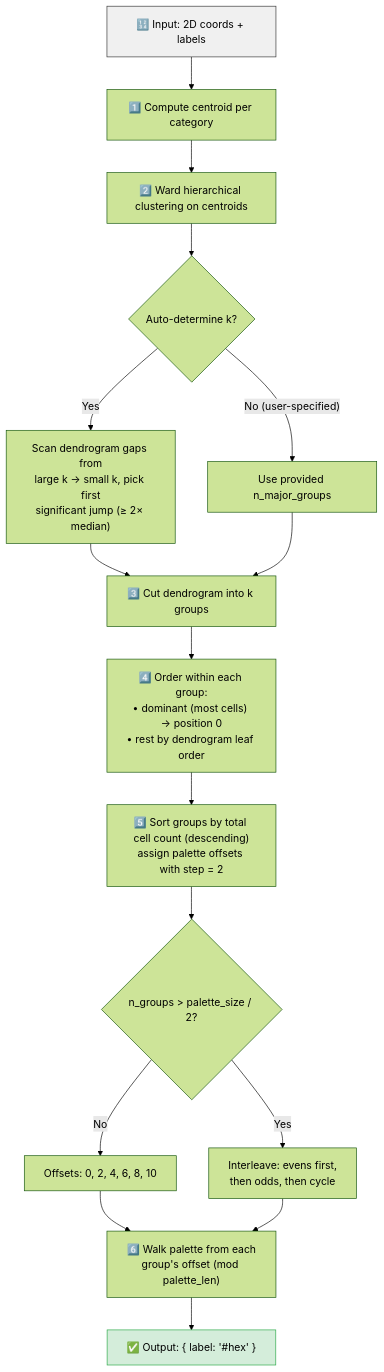
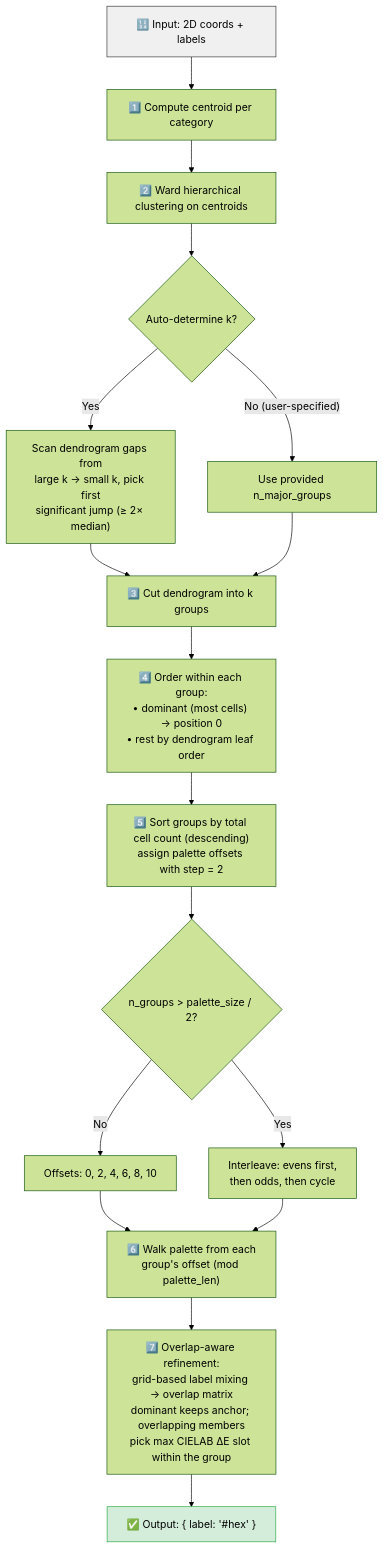
The diagram in README.md (chansigit/stanhue), drawn with Mermaid (forest theme) before and after one commit. The commit also changed other lines of this file and 8 other files, not shown here.

First line of the commit message:
Overlap-aware coloring + proper `stanhue` package layout (v1.1.0)

````diff
--- a/README.md
+++ b/README.md
@@ -144,21 +155,22 @@
 ```mermaid
 flowchart TD
     A["🔢 Input: 2D coords + labels"] --> B["1️⃣ Compute centroid per category"]
     B --> C["2️⃣ Ward hierarchical clustering on centroids"]
     C --> D{"Auto-determine k?"}
     D -- "Yes" --> E["Scan dendrogram gaps from<br/>large k → small k, pick first<br/>significant jump (≥ 2× median)"]
     D -- "No (user-specified)" --> F["Use provided n_major_groups"]
     E --> G["3️⃣ Cut dendrogram into k groups"]
     F --> G
     G --> H["4️⃣ Order within each group:<br/>• dominant (most cells) → position 0<br/>• rest by dendrogram leaf order"]
     H --> I["5️⃣ Sort groups by total cell count (descending)<br/>assign palette offsets with step = 2"]
     I --> J{"n_groups > palette_size / 2?"}
     J -- "No" --> K["Offsets: 0, 2, 4, 6, 8, 10"]
     J -- "Yes" --> L["Interleave: evens first,<br/>then odds, then cycle"]
     K --> M["6️⃣ Walk palette from each<br/>group's offset (mod palette_len)"]
     L --> M
-    M --> N["✅ Output: { label: '#hex' }"]
+    M --> O["7️⃣ Overlap-aware refinement:<br/>grid-based label mixing → overlap matrix<br/>dominant keeps anchor; overlapping members<br/>pick max CIELAB ΔE slot within the group"]
+    O --> N["✅ Output: { label: '#hex' }"]
 
     style A fill:#f0f0f0,stroke:#333
     style N fill:#d4edda,stroke:#28a745
 ```
````
